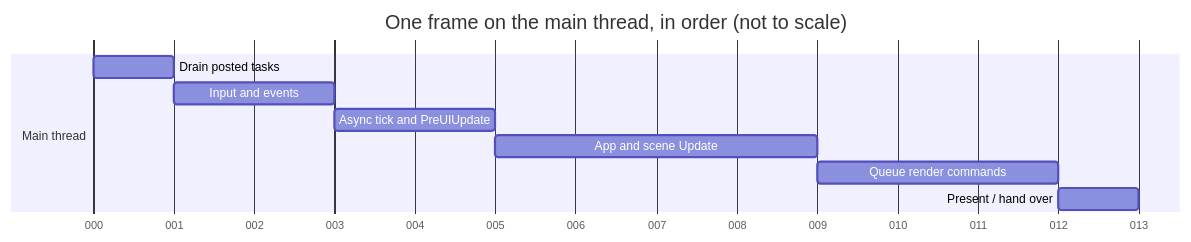
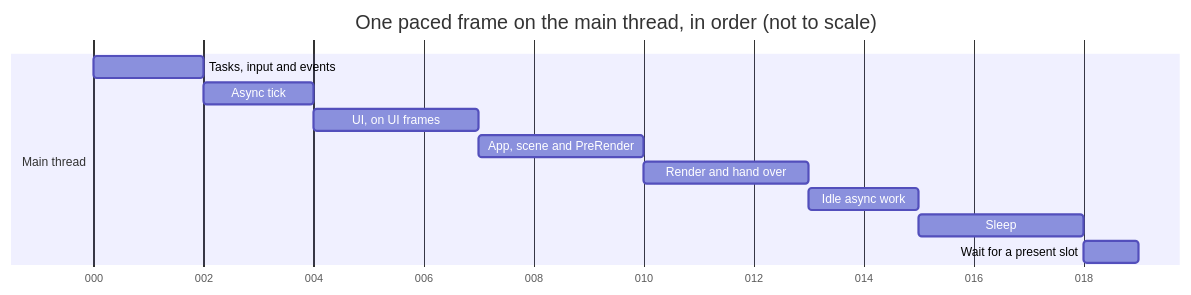
The third of 3 diagrams in Docs/Generated/Engine/02-Architecture/Engine-Startup-And-Frame-Loop.md (b1nary0/RZE), drawn with Mermaid before and after one commit. The commit also changed other lines of this file and 16 other files, not shown here.

First line of the commit message:
Document frame pacing, vsync, the UI frame rate and the input changes

````diff
--- a/Docs/Generated/Engine/02-Architecture/Engine-Startup-And-Frame-Loop.md
+++ b/Docs/Generated/Engine/02-Architecture/Engine-Startup-And-Frame-Loop.md
@@ -125,13 +106,15 @@
 ```mermaid
 gantt
     dateFormat x
     axisFormat %L
-    title One frame on the main thread, in order (not to scale)
+    title One paced frame on the main thread, in order (not to scale)
     section Main thread
-    Drain posted tasks         :a, 0, 1ms
-    Input and events           :b, after a, 2ms
-    Async tick and PreUIUpdate :c, after b, 2ms
-    App and scene Update       :d, after c, 4ms
-    Queue render commands      :e, after d, 3ms
-    Present / hand over        :f, after e, 1ms
+    Tasks, input and events       :a, 0, 2ms
+    Async tick                    :b, after a, 2ms
+    UI, on UI frames              :c, after b, 3ms
+    App, scene and PreRender      :d, after c, 3ms
+    Render and hand over          :e, after d, 3ms
+    Idle async work               :f, after e, 2ms
+    Sleep                         :g, after f, 3ms
+    Wait for a present slot       :h, after g, 1ms
 ```
````
